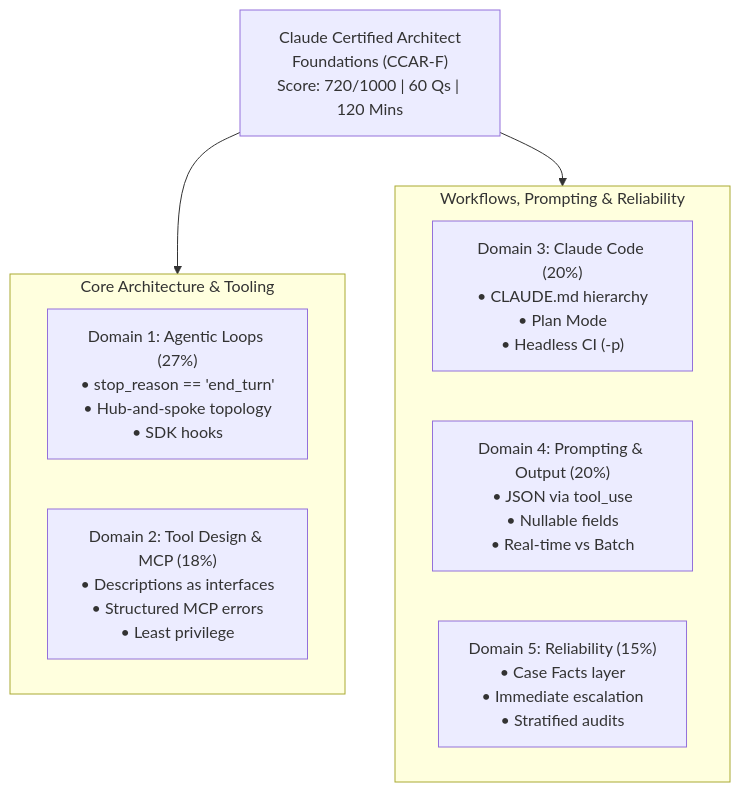
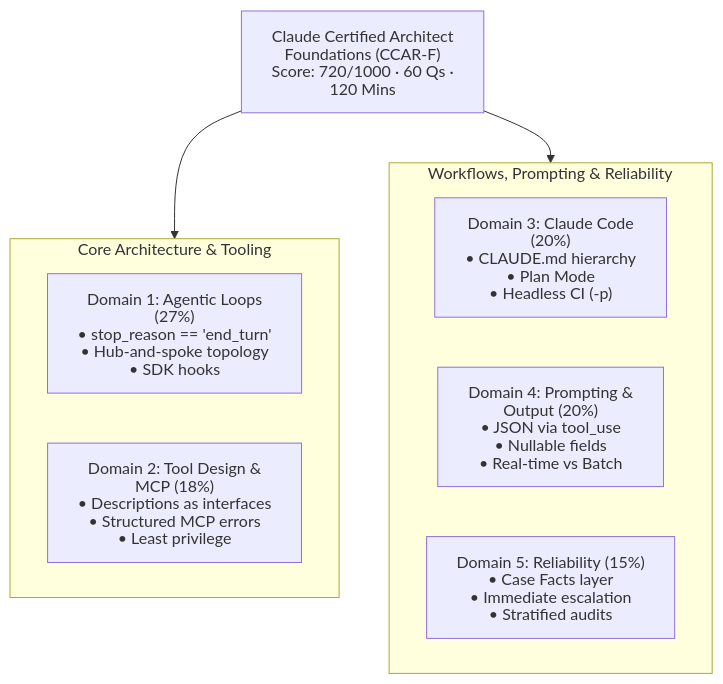
The diagram in README.md (dip4k/claude_cert_architect_foundation_prep), drawn with Mermaid before and after one commit. The commit also changed other lines of this file and 88 other files, not shown here.

First line of the commit message:
fix(mermaid): standardize GitHub Mermaid rendering across repo

````diff
--- a/README.md
+++ b/README.md
@@ -54,18 +54,22 @@
 ```mermaid
+---
+config:
+  htmlLabels: false
+---
 flowchart TD
-    CCAR["Claude Certified Architect<br>Foundations (CCAR-F)<br>Score: 720/1000 | 60 Qs | 120 Mins"]
+    CCAR["Claude Certified Architect<br>Foundations (CCAR-F)<br>Score: 720/1000 · 60 Qs · 120 Mins"]
     
     subgraph Core ["Core Architecture & Tooling"]
         D1["Domain 1: Agentic Loops (27%)<br>• stop_reason == 'end_turn'<br>• Hub-and-spoke topology<br>• SDK hooks"]
         D2["Domain 2: Tool Design & MCP (18%)<br>• Descriptions as interfaces<br>• Structured MCP errors<br>• Least privilege"]
     end
     
     subgraph Workflows ["Workflows, Prompting & Reliability"]
         D3["Domain 3: Claude Code (20%)<br>• CLAUDE.md hierarchy<br>• Plan Mode<br>• Headless CI (-p)"]
         D4["Domain 4: Prompting & Output (20%)<br>• JSON via tool_use<br>• Nullable fields<br>• Real-time vs Batch"]
         D5["Domain 5: Reliability (15%)<br>• Case Facts layer<br>• Immediate escalation<br>• Stratified audits"]
     end
 
     CCAR --> Core
     CCAR --> Workflows
 ```
````
